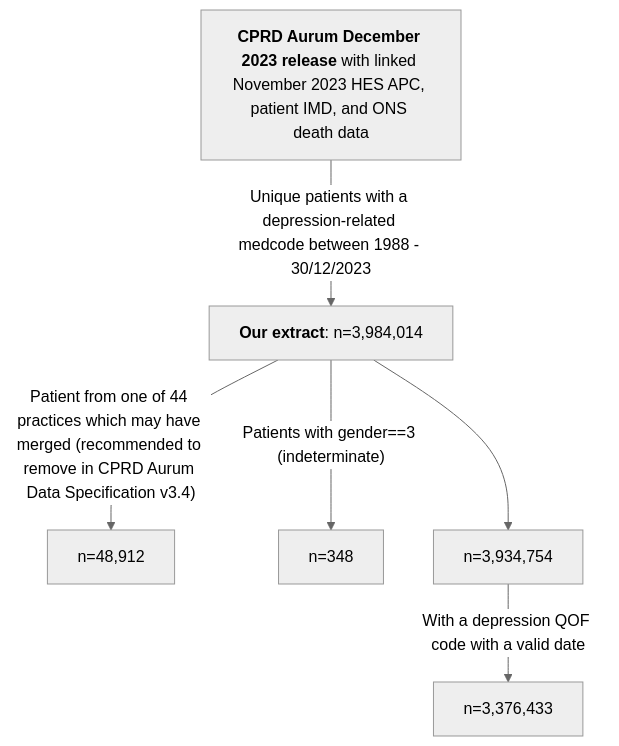
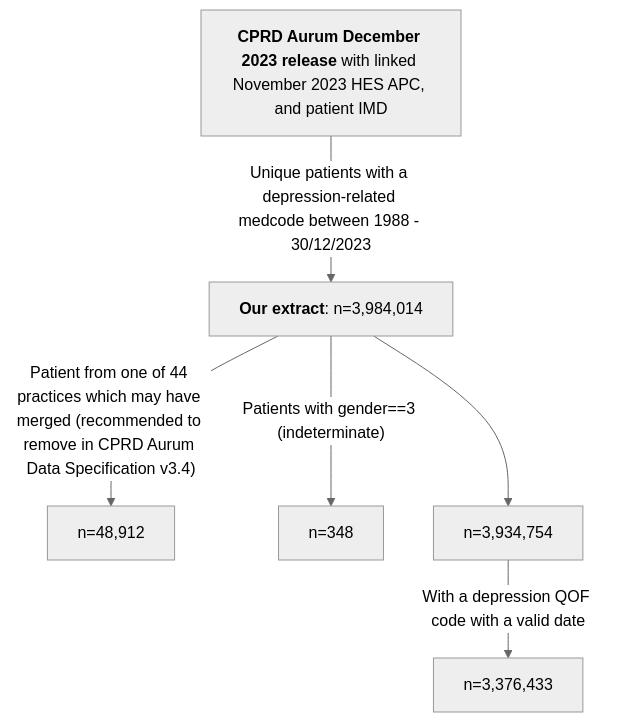
Before and after one commit to Exeter-Diabetes/CPRD-Dale-depression-cohort: the diagram in README.md, drawn with Mermaid (neutral theme).

````diff
--- a/README.md
+++ b/README.md
@@ -18,8 +18,8 @@
 ```mermaid
 graph TD;
-    A["<b>CPRD Aurum December 2023 release</b> with linked November 2023 HES APC, patient IMD, and ONS death data"] --> |"Unique patients with a depression-related medcode between 1988 - 30/12/2023"| B["<b>Our extract</b>: n=3,984,014"]
+    A["<b>CPRD Aurum December 2023 release</b> with linked November 2023 HES APC, and patient IMD"] --> |"Unique patients with a depression-related medcode between 1988 - 30/12/2023"| B["<b>Our extract</b>: n=3,984,014"]
     B -->|"Patient from one of 44 practices which may have merged (recommended to remove in CPRD Aurum Data Specification v3.4)"|C["n=48,912"]
     B -->|"Patients with gender==3 (indeterminate)"|D["n=348"]
     B --> E["n=3,934,754"]
     E -->|"With a depression QOF code with a valid date"|F["n=3,376,433"]
 ```
````
